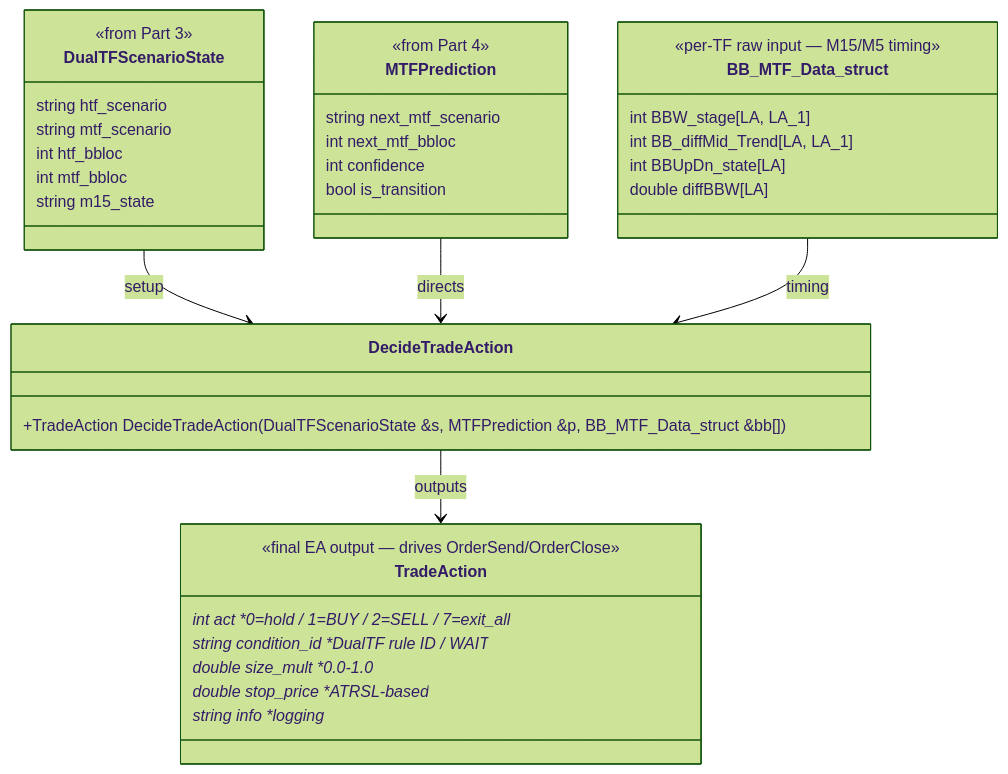
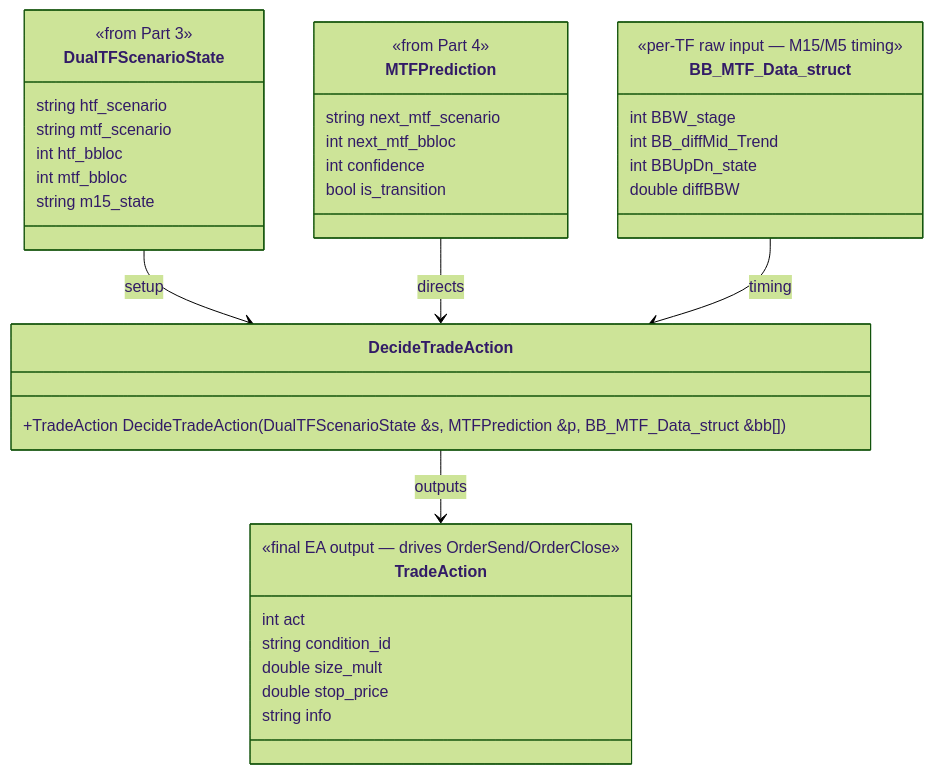
The ninth of 12 diagrams in references/DUALTF_ARCHITECTURE.md (Terrypang89/BB_MTF_M15_STRATEGY), drawn with Mermaid (forest theme) before and after one commit. The commit also changed other lines of this file, not shown here.

First line of the commit message:
Fix mermaid classDiagram syntax — remove special-char inline comments

````diff
--- a/references/DUALTF_ARCHITECTURE.md
+++ b/references/DUALTF_ARCHITECTURE.md
@@ -396,45 +396,45 @@
 ```mermaid
 classDiagram
     class DualTFScenarioState {
         <<from Part 3>>
         string htf_scenario
         string mtf_scenario
         int htf_bbloc
         int mtf_bbloc
         string m15_state
     }
 
     class MTFPrediction {
         <<from Part 4>>
         string next_mtf_scenario
         int next_mtf_bbloc
         int confidence
         bool is_transition
     }
 
     class BB_MTF_Data_struct {
         <<per-TF raw input — M15/M5 timing>>
-        int BBW_stage[LA, LA_1]
-        int BB_diffMid_Trend[LA, LA_1]
-        int BBUpDn_state[LA]
-        double diffBBW[LA]
+        int BBW_stage
+        int BB_diffMid_Trend
+        int BBUpDn_state
+        double diffBBW
     }
 
     class TradeAction {
         <<final EA output — drives OrderSend/OrderClose>>
-        int act           *0=hold / 1=BUY / 2=SELL / 7=exit_all*
-        string condition_id  *DualTF rule ID / WAIT*
-        double size_mult    *0.0-1.0*
-        double stop_price   *ATRSL-based*
-        string info         *logging*
+        int act
+        string condition_id
+        double size_mult
+        double stop_price
+        string info
     }
 
     class DecideTradeAction {
         +TradeAction DecideTradeAction(DualTFScenarioState &s, MTFPrediction &p, BB_MTF_Data_struct &bb[])
     }
 
     DualTFScenarioState --> DecideTradeAction : setup
     MTFPrediction --> DecideTradeAction : directs
     BB_MTF_Data_struct --> DecideTradeAction : timing
     DecideTradeAction --> TradeAction : outputs
 ```
````
